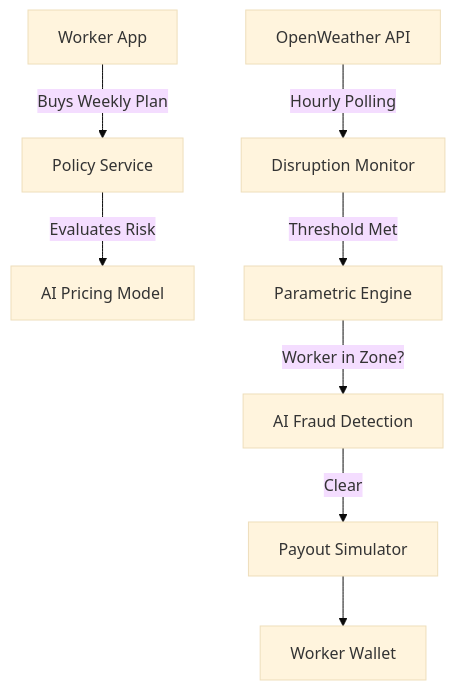
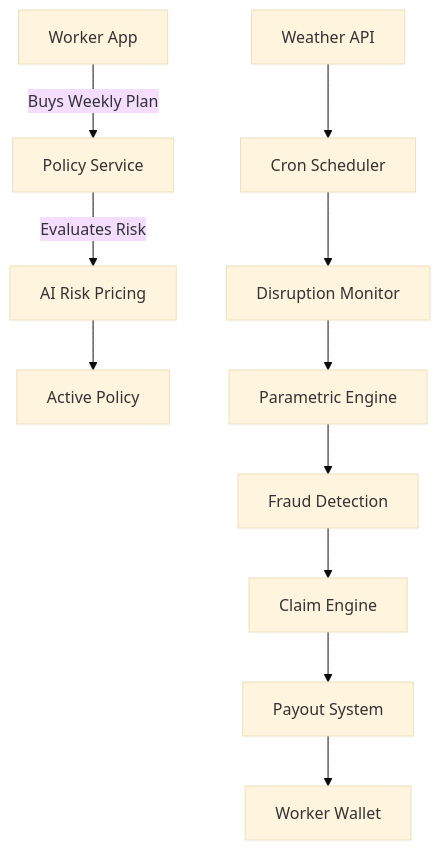
The first of 2 diagrams in README.md (dorateja293/AI-driven-gig-worker-insurance-system), drawn with Mermaid (base theme) before and after one commit. The commit also changed other lines of this file, not shown here.

Commit message:
Added predictive AI, business logic, adaptive pricing, and architecture scheduler

````diff
--- a/README.md
+++ b/README.md
@@ -80,10 +101,14 @@
 ```mermaid
 flowchart TD
     Worker[Worker App] -->|Buys Weekly Plan| PolicySvc[Policy Service]
-    PolicySvc -->|Evaluates Risk| AI[AI Pricing Model]
-    WeatherAPI[OpenWeather API] -->|Hourly Polling| Monitor[Disruption Monitor]
-    Monitor -->|Threshold Met| Trigger[Parametric Engine]
-    Trigger -->|Worker in Zone?| Fraud[AI Fraud Detection]
-    Fraud -->|Clear| Payout[Payout Simulator]
+    PolicySvc -->|Evaluates Risk| AI[AI Risk Pricing]
+    AI --> ActivePolicy[Active Policy]
+    
+    WeatherAPI[Weather API] --> Scheduler[Cron Scheduler]
+    Scheduler --> Monitor[Disruption Monitor]
+    Monitor --> Trigger[Parametric Engine]
+    Trigger --> Fraud[Fraud Detection]
+    Fraud --> Claim[Claim Engine]
+    Claim --> Payout[Payout System]
     Payout --> Wallet[Worker Wallet]
 ```
````
